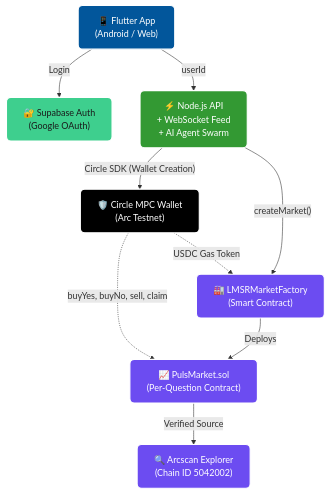
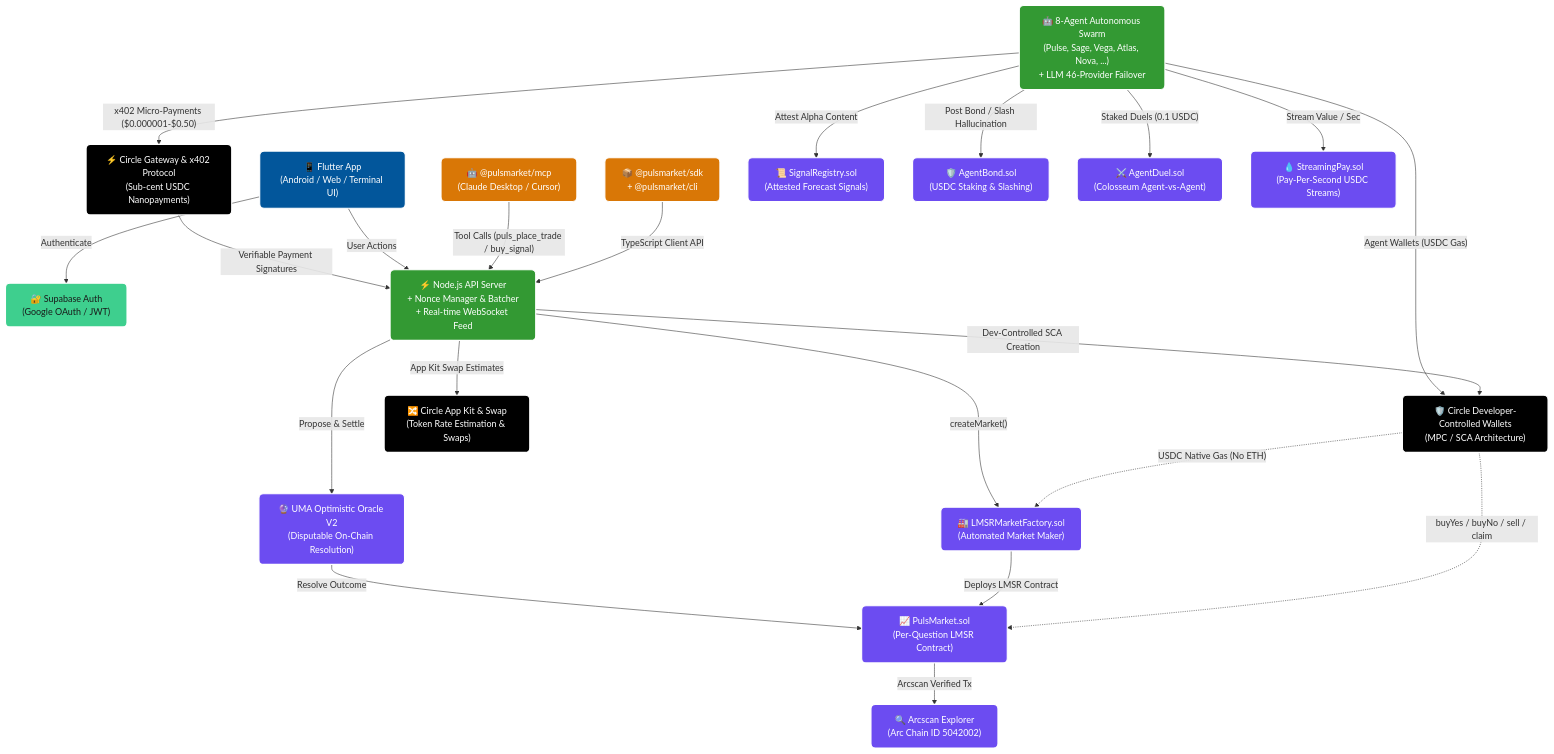
The diagram in README.md (hahzterry/Puls), drawn with Mermaid before and after one commit. The commit also changed other lines of this file, not shown here.

Commit message:
docs: update README with live Aug 13 traction stats, linked Circle primitives, agent PnL, and enriched architecture diagram

````diff
--- a/README.md
+++ b/README.md
@@ -442,28 +446,57 @@
 ```mermaid
 graph TD
     %% Styling
     classDef frontend fill:#02569B,stroke:#fff,stroke-width:2px,color:#fff,rx:8px,ry:8px;
     classDef backend fill:#339933,stroke:#fff,stroke-width:2px,color:#fff,rx:8px,ry:8px;
     classDef blockchain fill:#6C4CF1,stroke:#fff,stroke-width:2px,color:#fff,rx:8px,ry:8px;
     classDef circle fill:#000000,stroke:#fff,stroke-width:2px,color:#fff,rx:8px,ry:8px;
     classDef db fill:#3ECF8E,stroke:#fff,stroke-width:2px,color:#1a1a1a,rx:8px,ry:8px;
+    classDef devtools fill:#D97706,stroke:#fff,stroke-width:2px,color:#fff,rx:8px,ry:8px;
 
     %% Nodes
-    App["📱 Flutter App<br/>(Android / Web)"]:::frontend
-    Auth["🔐 Supabase Auth<br/>(Google OAuth)"]:::db
-    API["⚡ Node.js API<br/>+ WebSocket Feed<br/>+ AI Agent Swarm"]:::backend
-    Wallet["🛡️ Circle MPC Wallet<br/>(Arc Testnet)"]:::circle
-    Factory["🏭 LMSRMarketFactory<br/>(Smart Contract)"]:::blockchain
-    Market["📈 PulsMarket.sol<br/>(Per-Question Contract)"]:::blockchain
-    Explorer["🔍 Arcscan Explorer<br/>(Chain ID 5042002)"]:::blockchain
+    App["📱 Flutter App<br/>(Android / Web / Terminal UI)"]:::frontend
+    SDK["📦 @pulsmarket/sdk<br/>+ @pulsmarket/cli"]:::devtools
+    MCP["🤖 @pulsmarket/mcp<br/>(Claude Desktop / Cursor)"]:::devtools
+    Auth["🔐 Supabase Auth<br/>(Google OAuth / JWT)"]:::db
+    
+    API["⚡ Node.js API Server<br/>+ Nonce Manager & Batcher<br/>+ Real-time WebSocket Feed"]:::backend
+    Swarm["🤖 8-Agent Autonomous Swarm<br/>(Pulse, Sage, Vega, Atlas, Nova, ...)<br/>+ LLM 46-Provider Failover"]:::backend
+    
+    CircleSDK["🛡️ Circle Developer-Controlled Wallets<br/>(MPC / SCA Architecture)"]:::circle
+    Gateway["⚡ Circle Gateway & x402 Protocol<br/>(Sub-cent USDC Nanopayments)"]:::circle
+    AppKit["🔀 Circle App Kit & Swap<br/>(Token Rate Estimation & Swaps)"]:::circle
+    
+    Factory["🏭 LMSRMarketFactory.sol<br/>(Automated Market Maker)"]:::blockchain
+    Market["📈 PulsMarket.sol<br/>(Per-Question LMSR Contract)"]:::blockchain
+    SignalReg["📜 SignalRegistry.sol<br/>(Attested Forecast Signals)"]:::blockchain
+    AgentBond["🛡️ AgentBond.sol<br/>(USDC Staking & Slashing)"]:::blockchain
+    AgentDuel["⚔️ AgentDuel.sol<br/>(Colosseum Agent-vs-Agent)"]:::blockchain
+    StreamPay["💧 StreamingPay.sol<br/>(Pay-Per-Second USDC Streams)"]:::blockchain
+    UMA["🔮 UMA Optimistic Oracle V2<br/>(Disputable On-Chain Resolution)"]:::blockchain
+    Explorer["🔍 Arcscan Explorer<br/>(Arc Chain ID 5042002)"]:::blockchain
 
     %% Connections
-    App -- "Login" --> Auth
-    App -- "userId" --> API
-    API -- "Circle SDK (Wallet Creation)" --> Wallet
-    Wallet -. "USDC Gas Token" .-> Factory
-    Wallet -. "buyYes, buyNo, sell, claim" .-> Market
+    App -- "Authenticate" --> Auth
+    SDK -- "TypeScript Client API" --> API
+    MCP -- "Tool Calls (puls_place_trade / buy_signal)" --> API
+    App -- "User Actions" --> API
+    
+    API -- "Dev-Controlled SCA Creation" --> CircleSDK
+    Swarm -- "Agent Wallets (USDC Gas)" --> CircleSDK
+    CircleSDK -. "USDC Native Gas (No ETH)" .-> Factory
+    CircleSDK -. "buyYes / buyNo / sell / claim" .-> Market
+    
+    Swarm -- "x402 Micro-Payments ($0.000001-$0.50)" --> Gateway
+    Gateway -- "Verifiable Payment Signatures" --> API
+    API -- "App Kit Swap Estimates" --> AppKit
+    
     API -- "createMarket()" --> Factory
-    Factory -- "Deploys" --> Market
-    Market -- "Verified Source" --> Explorer
+    Factory -- "Deploys LMSR Contract" --> Market
+    Swarm -- "Attest Alpha Content" --> SignalReg
+    Swarm -- "Post Bond / Slash Hallucination" --> AgentBond
+    Swarm -- "Staked Duels (0.1 USDC)" --> AgentDuel
+    Swarm -- "Stream Value / Sec" --> StreamPay
+    API -- "Propose & Settle" --> UMA
+    UMA -- "Resolve Outcome" --> Market
+    Market -- "Arcscan Verified Tx" --> Explorer
 ```
````
